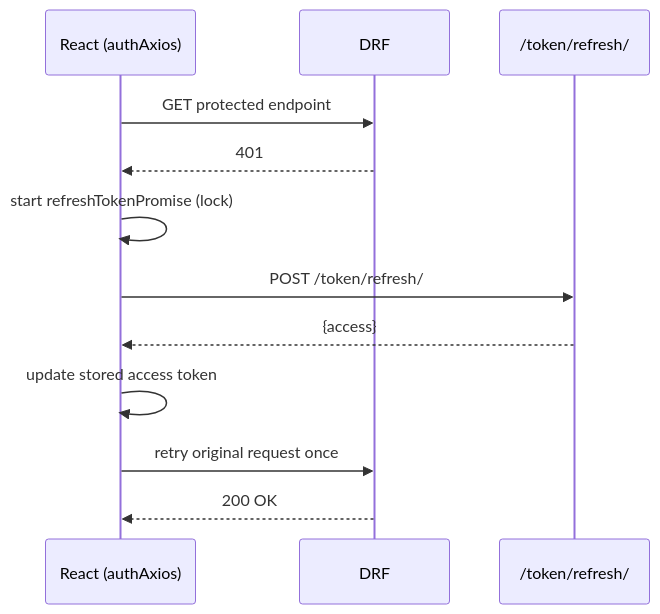
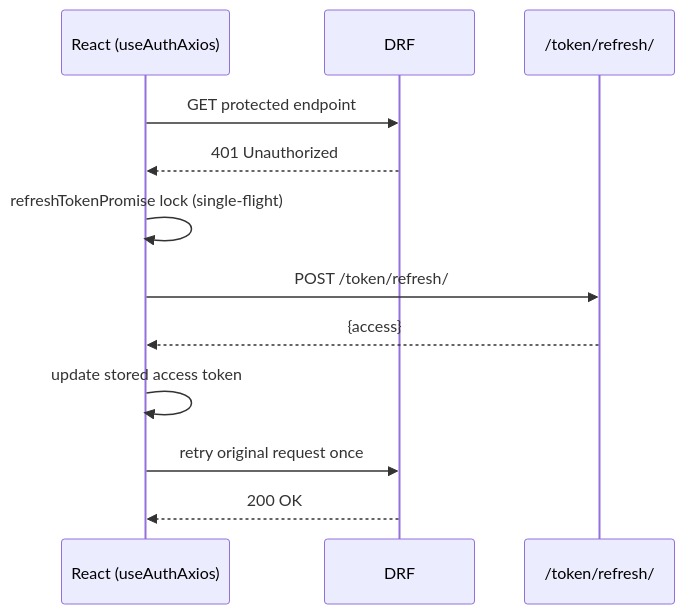
One commit to anthonynarine/tic_tac_toe changed the third of 9 diagrams in README.MD. Above: the diagram before and after it, drawn with Mermaid. The commit also changed other lines of this file, not shown here.

````diff
--- a/README.MD
+++ b/README.MD
@@ -97,15 +116,15 @@
 ```mermaid
 sequenceDiagram
-  participant FE as React (authAxios)
+  participant FE as React (useAuthAxios)
   participant API as DRF
-  participant JWT as /token/refresh/
+  participant REF as /token/refresh/
 
   FE->>API: GET protected endpoint
-  API-->>FE: 401
-  FE->>FE: start refreshTokenPromise (lock)
-  FE->>JWT: POST /token/refresh/
-  JWT-->>FE: {access}
+  API-->>FE: 401 Unauthorized
+  FE->>FE: refreshTokenPromise lock (single-flight)
+  FE->>REF: POST /token/refresh/
+  REF-->>FE: {access}
   FE->>FE: update stored access token
   FE->>API: retry original request once
   API-->>FE: 200 OK
 ```
````
